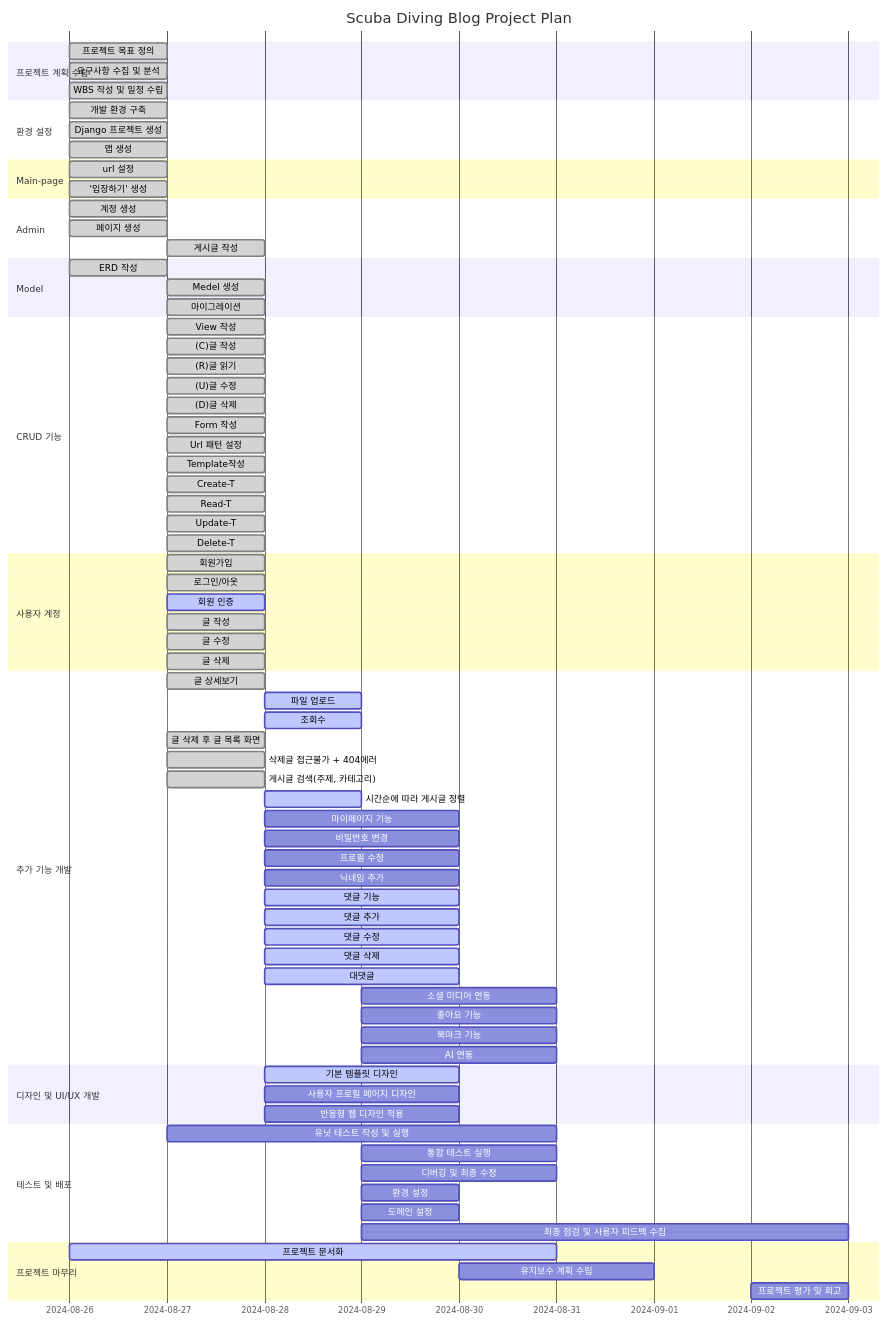
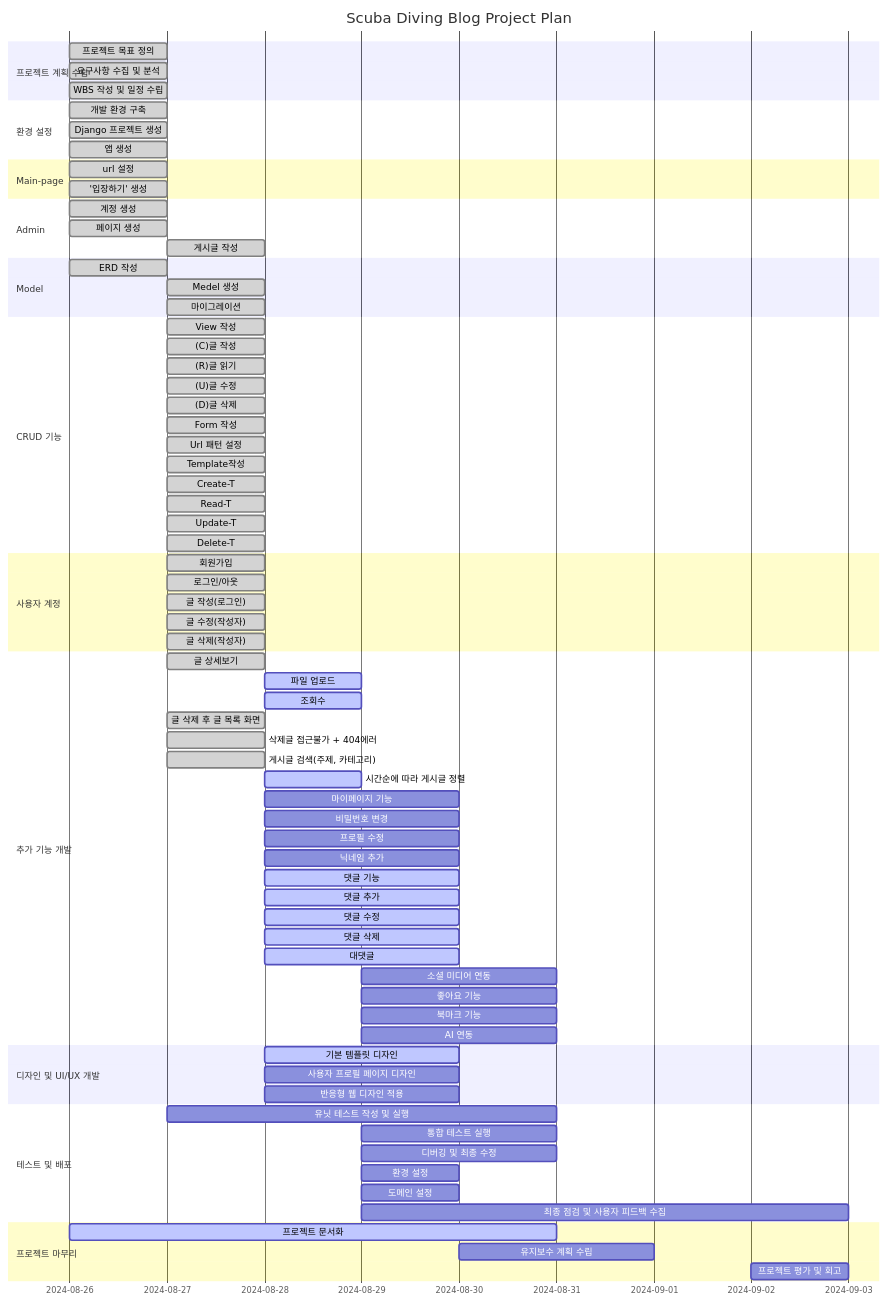
The first of 3 diagrams in README.md (heeeee-github/travel_blog), drawn with Mermaid before and after one commit. The commit also changed 6 other files, not shown here.

```diff
--- a/README.md
+++ b/README.md
@@ -62,17 +62,16 @@
     Url 패턴 설정                 : done,  e3, 2024-08-27, 1d
     Template작성                   : done, e4, 2024-08-27, 1d
     Create-T                   : done, e4-1, 2024-08-27, 1d
-    Read-T                   : done, e4-1, 2024-08-27, 1d
+    Read-T                     : done, e4-1, 2024-08-27, 1d
     Update-T                   : done, e4-1, 2024-08-27, 1d
     Delete-T                   : done, e4-1, 2024-08-27, 1d
 
     section 사용자 계정
     회원가입                   : done, f1, 2024-08-27, 1d
-    로그인/아웃                   : done, f2, 2024-08-27, 1d
-    회원 인증                   : active, f3, 2024-08-27, 1d
-    글 작성                   : done, f3-1, 2024-08-27, 1d
-    글 수정                   : done, f3-2, 2024-08-27, 1d
-    글 삭제                   : done, f3-3, 2024-08-27, 1d
+    로그인/아웃                 : done, f2, 2024-08-27, 1d
+    글 작성(로그인)             : done, f3-1, 2024-08-27, 1d
+    글 수정(작성자)             : done, f3-2, 2024-08-27, 1d
+    글 삭제(작성자)             : done, f3-3, 2024-08-27, 1d
 
 
     section 추가 기능 개발
```
